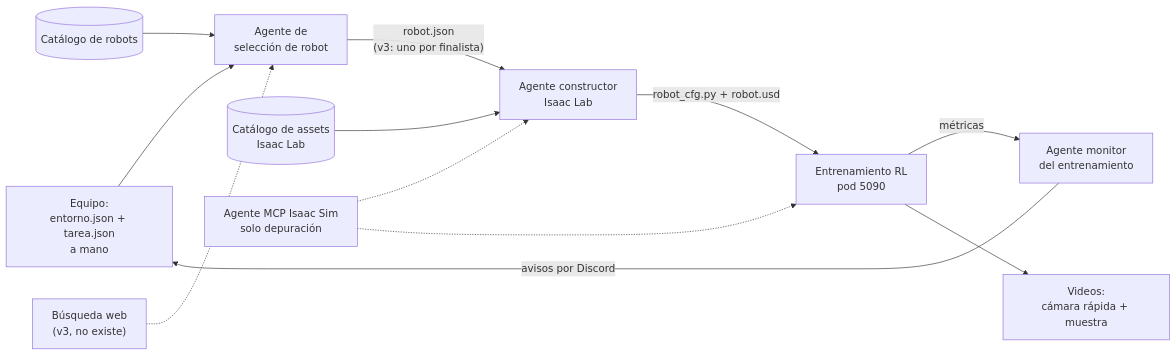
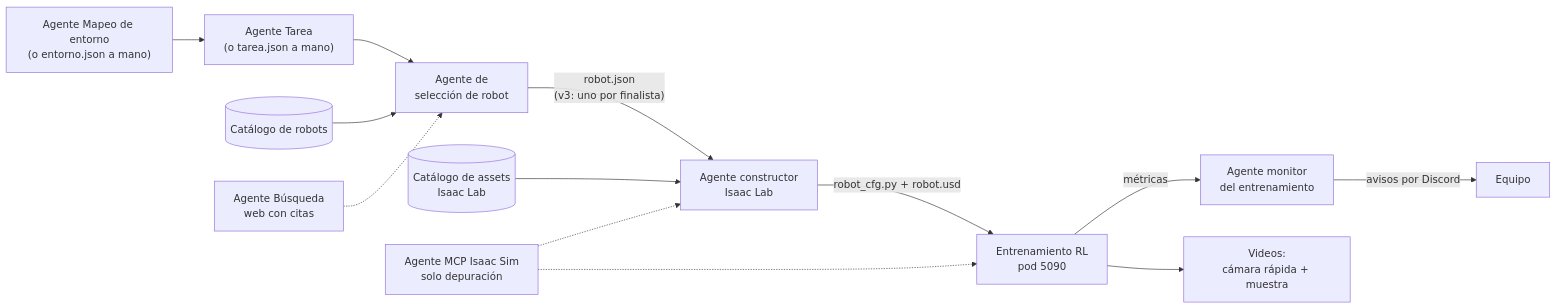
One commit to platanus-hack/platanus-hack-26-cl-team-4 changed the diagram in docs/agentes/README.md. Above: the diagram before and after it, drawn with Mermaid. The commit also changed other lines of this file and 4 other files, not shown here.

````diff
--- a/docs/agentes/README.md
+++ b/docs/agentes/README.md
@@ -9,13 +9,15 @@
 ```mermaid
 flowchart LR
-  H["Equipo:<br/>entorno.json + tarea.json<br/>a mano"] --> ROB["Agente de<br/>selección de robot"]
+  ENT["Agente Mapeo de entorno<br/>(o entorno.json a mano)"] --> TAR["Agente Tarea<br/>(o tarea.json a mano)"]
+  TAR --> ROB["Agente de<br/>selección de robot"]
+  H["Equipo"]
   CAT[(Catálogo de robots)] --> ROB
-  WEBB["Búsqueda web<br/>(v3, no existe)"] -.-> ROB
+  WEBB["Agente Búsqueda<br/>web con citas"] -.-> ROB
   ROB -->|"robot.json<br/>(v3: uno por finalista)"| CON["Agente constructor<br/>Isaac Lab"]
   ASS[(Catálogo de assets<br/>Isaac Lab)] --> CON
   CON -->|robot_cfg.py + robot.usd| RL["Entrenamiento RL<br/>pod 5090"]
   RL -->|métricas| MON["Agente monitor<br/>del entrenamiento"]
   MON -->|avisos por Discord| H
   RL --> V["Videos:<br/>cámara rápida + muestra"]
   MCP["Agente MCP Isaac Sim<br/>solo depuración"] -.-> CON & RL
 ```
````
